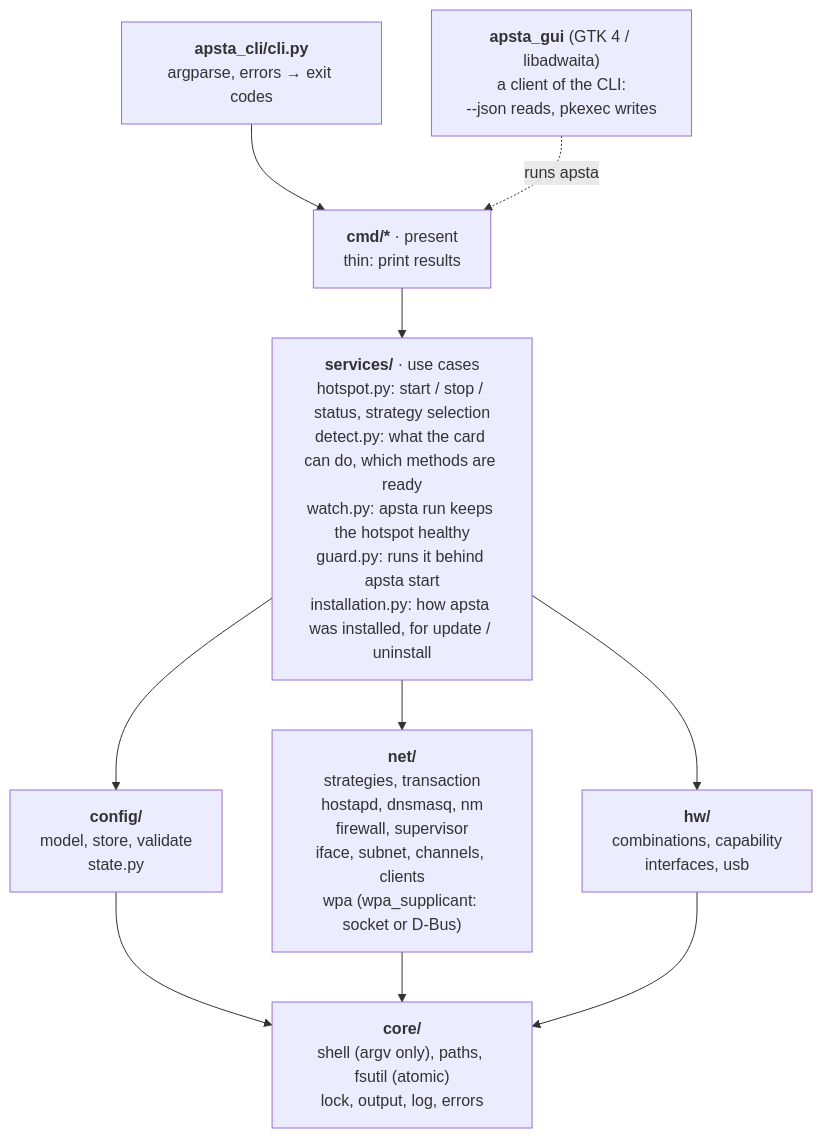
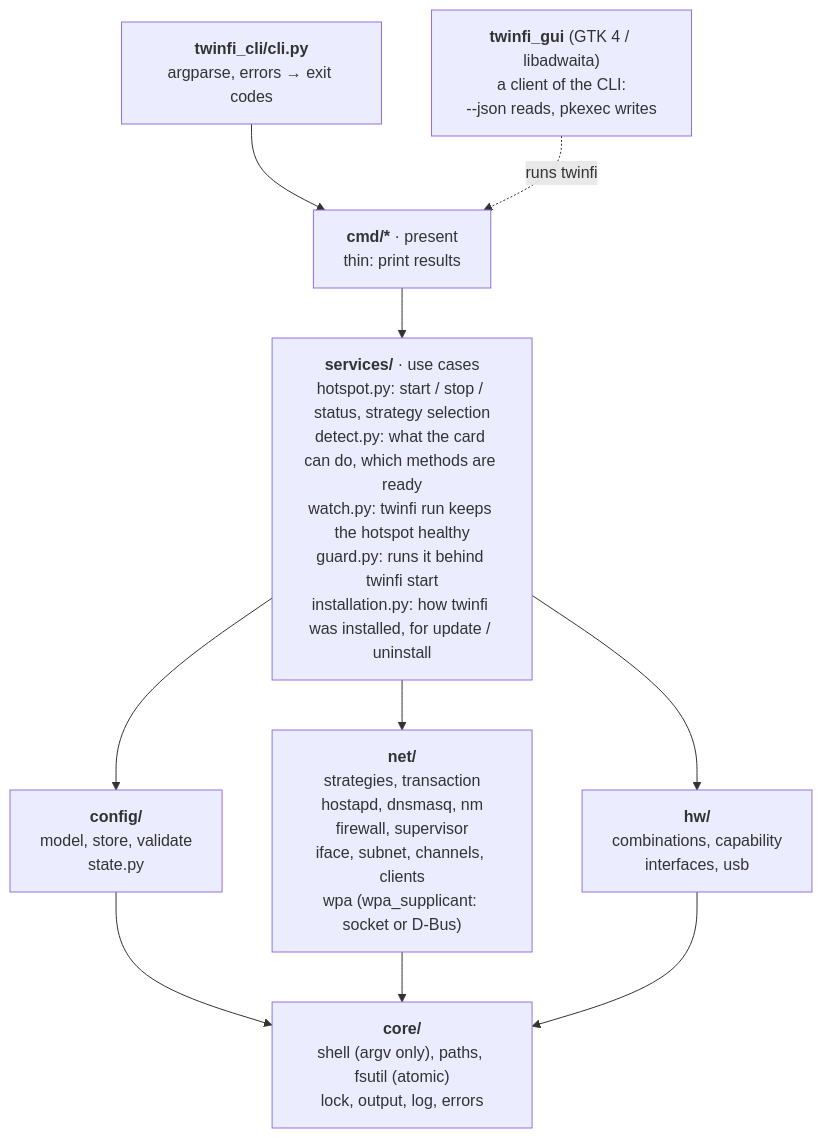
One commit to krotrn/apsta changed the first of 4 diagrams in docs/ARCHITECTURE.md. Above: the diagram before and after it, drawn with Mermaid. The commit also changed other lines of this file and 204 other files, not shown here.

First line of the commit message:
feat!: rename apsta to twinfi

````diff
--- a/docs/ARCHITECTURE.md
+++ b/docs/ARCHITECTURE.md
@@ -8,17 +8,17 @@
 ```mermaid
 flowchart TD
-    CLI["<b>apsta_cli/cli.py</b><br/>argparse, errors → exit codes"]
-    GUI["<b>apsta_gui</b> (GTK 4 / libadwaita)<br/>a client of the CLI:<br/>--json reads, pkexec writes"]
+    CLI["<b>twinfi_cli/cli.py</b><br/>argparse, errors → exit codes"]
+    GUI["<b>twinfi_gui</b> (GTK 4 / libadwaita)<br/>a client of the CLI:<br/>--json reads, pkexec writes"]
     CMD["<b>cmd/*</b> · present<br/>thin: print results"]
-    SVC["<b>services/</b> · use cases<br/>hotspot.py: start / stop / status, strategy selection<br/>detect.py: what the card can do, which methods are ready<br/>watch.py: apsta run keeps the hotspot healthy<br/>guard.py: runs it behind apsta start<br/>installation.py: how apsta was installed, for update / uninstall"]
+    SVC["<b>services/</b> · use cases<br/>hotspot.py: start / stop / status, strategy selection<br/>detect.py: what the card can do, which methods are ready<br/>watch.py: twinfi run keeps the hotspot healthy<br/>guard.py: runs it behind twinfi start<br/>installation.py: how twinfi was installed, for update / uninstall"]
     CFG["<b>config/</b><br/>model, store, validate<br/>state.py"]
     NET["<b>net/</b><br/>strategies, transaction<br/>hostapd, dnsmasq, nm<br/>firewall, supervisor<br/>iface, subnet, channels, clients<br/>wpa (wpa_supplicant: socket or D-Bus)"]
     HW["<b>hw/</b><br/>combinations, capability<br/>interfaces, usb"]
     CORE["<b>core/</b><br/>shell (argv only), paths, fsutil (atomic)<br/>lock, output, log, errors"]
 
     CLI --> CMD
-    GUI -. "runs apsta" .-> CMD
+    GUI -. "runs twinfi" .-> CMD
     CMD --> SVC
     SVC --> CFG & NET & HW
     CFG & NET & HW --> CORE
 ```
````
